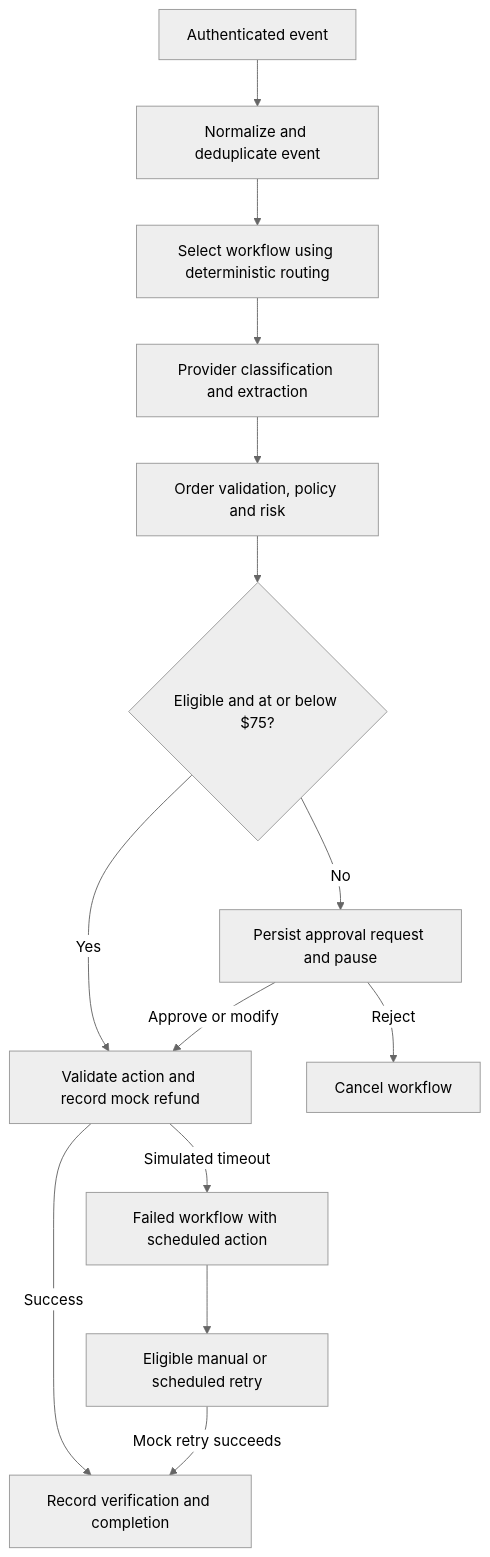
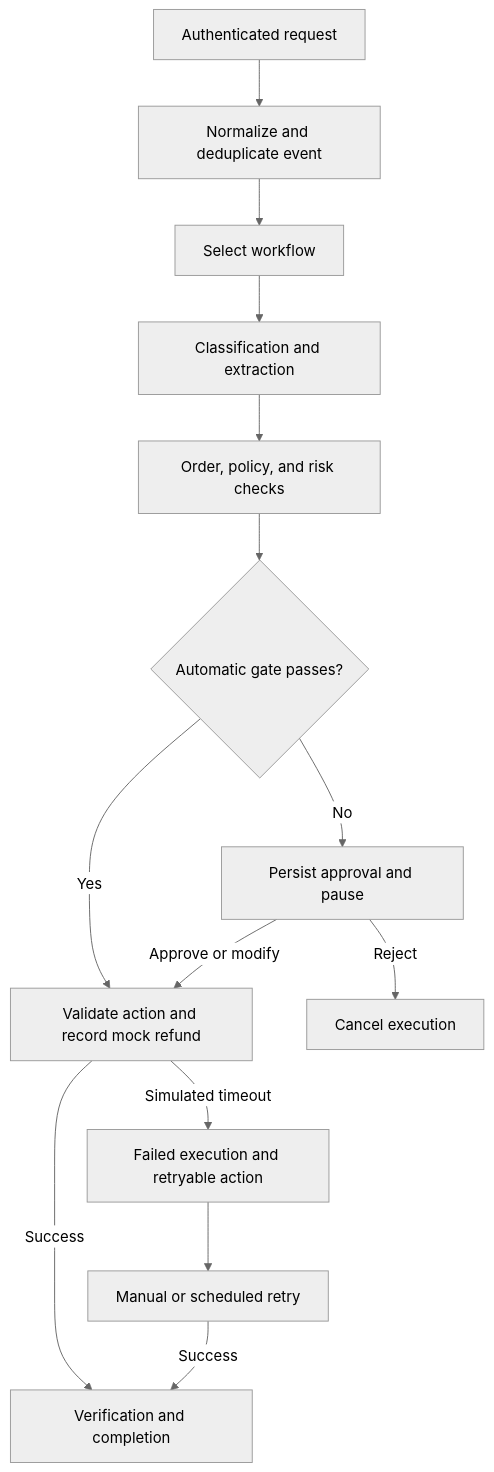
Before and after one commit to mark-owa/threshold: the first of 2 diagrams in docs/ARCHITECTURE.md, drawn with Mermaid (neutral theme). The commit also changed other lines of this file and 13 other files, not shown here.

````diff
--- a/docs/ARCHITECTURE.md
+++ b/docs/ARCHITECTURE.md
@@ -17,16 +14,16 @@
 ```mermaid
 flowchart TD
-    R["Authenticated event"] --> E["Normalize and deduplicate event"]
-    E --> W["Select workflow using deterministic routing"]
-    W --> X["Provider classification and extraction"]
-    X --> P["Order validation, policy and risk"]
-    P --> G{"Eligible and at or below $75?"}
+    R["Authenticated request"] --> E["Normalize and deduplicate event"]
+    E --> W["Select workflow"]
+    W --> X["Classification and extraction"]
+    X --> P["Order, policy, and risk checks"]
+    P --> G{"Automatic gate passes?"}
     G -->|Yes| A["Validate action and record mock refund"]
-    G -->|No| H["Persist approval request and pause"]
+    G -->|No| H["Persist approval and pause"]
     H -->|Approve or modify| A
-    H -->|Reject| C["Cancel workflow"]
-    A -->|Success| V["Record verification and completion"]
-    A -->|Simulated timeout| F["Failed workflow with scheduled action"]
-    F --> T["Eligible manual or scheduled retry"]
-    T -->|Mock retry succeeds| V
+    H -->|Reject| C["Cancel execution"]
+    A -->|Success| V["Verification and completion"]
+    A -->|Simulated timeout| F["Failed execution and retryable action"]
+    F --> T["Manual or scheduled retry"]
+    T -->|Success| V
 ```
````
